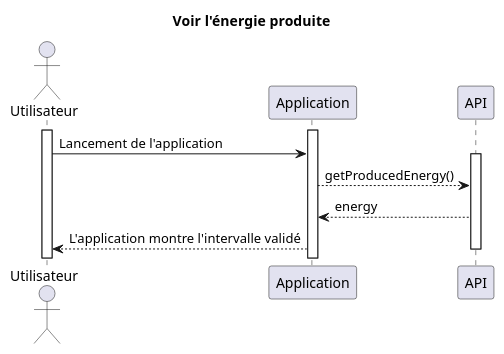
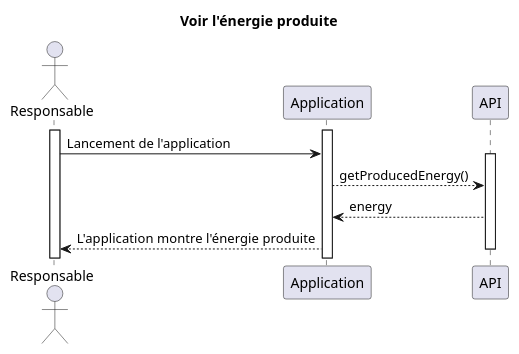
The diagram in diagrams/seq/check_produced_energy.puml (chauffapagnan/documentation), drawn with PlantUML before and after one commit. The commit also changed 11 other files, not shown here.

Commit message:
📝 mise à jour des diagrammes de séquence

```diff
--- a/diagrams/seq/check_produced_energy.puml
+++ b/diagrams/seq/check_produced_energy.puml
@@ -1,21 +1,21 @@
 @startuml
 
 title Voir l'énergie produite
 
-actor Utilisateur
+actor Responsable
 
-activate Utilisateur
+activate Responsable
 activate Application
 participant API
 
-Utilisateur -> Application: Lancement de l'application
+Responsable -> Application: Lancement de l'application
 
 activate API
 Application --> API: getProducedEnergy()
 API --> Application: energy
 
-Application --> Utilisateur: L'application montre l'intervalle validé
+Application --> Responsable: L'application montre l'énergie produite
 
 deactivate API
 
 @enduml
```
